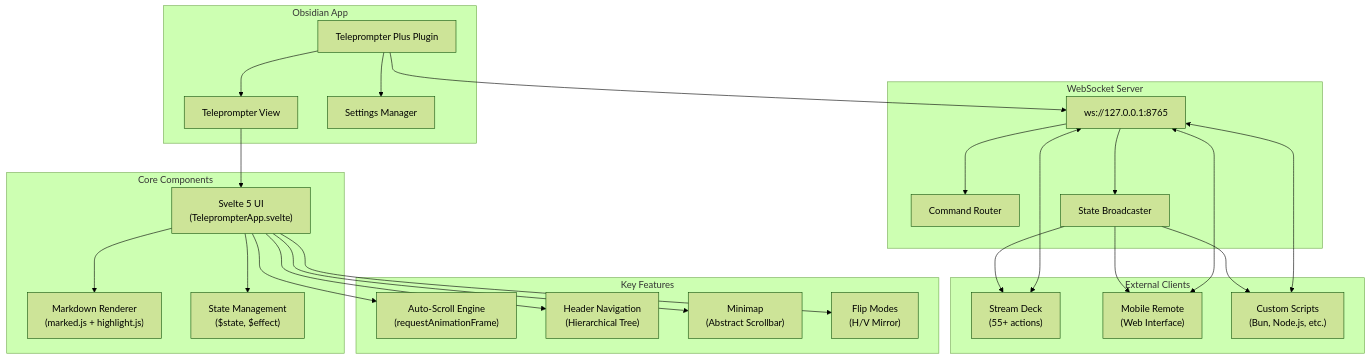
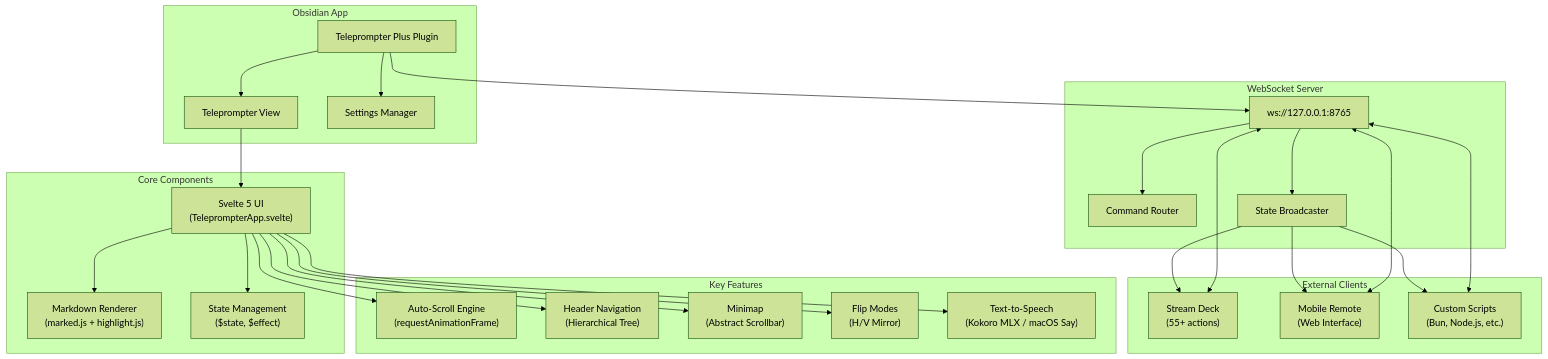
One commit to JuracyAmerico/obsidian-teleprompter-plus changed the diagram in README.md. Above: the diagram before and after it, drawn with Mermaid (forest theme). The commit also changed other lines of this file and 22 other files, not shown here.

First line of the commit message:
feat: add text-to-speech with Kokoro MLX neural engine, citation resolution, and PDF support

````diff
--- a/README.md
+++ b/README.md
@@ -85,54 +85,56 @@
 ```mermaid
 flowchart TB
     subgraph Obsidian["Obsidian App"]
         Plugin["Teleprompter Plus Plugin"]
         View["Teleprompter View"]
         Settings["Settings Manager"]
         Plugin --> View
         Plugin --> Settings
     end
 
     subgraph Core["Core Components"]
         Svelte["Svelte 5 UI\n(TeleprompterApp.svelte)"]
         Markdown["Markdown Renderer\n(marked.js + highlight.js)"]
         State["State Management\n($state, $effect)"]
         View --> Svelte
         Svelte --> Markdown
         Svelte --> State
     end
 
     subgraph Server["WebSocket Server"]
         WS["ws://127.0.0.1:8765"]
         Commands["Command Router"]
         Broadcast["State Broadcaster"]
         WS --> Commands
         WS --> Broadcast
     end
 
     subgraph Clients["External Clients"]
         StreamDeck["Stream Deck\n(55+ actions)"]
         Mobile["Mobile Remote\n(Web Interface)"]
         Custom["Custom Scripts\n(Bun, Node.js, etc.)"]
     end
 
     subgraph Features["Key Features"]
         AutoScroll["Auto-Scroll Engine\n(requestAnimationFrame)"]
         Navigation["Header Navigation\n(Hierarchical Tree)"]
         Minimap["Minimap\n(Abstract Scrollbar)"]
         Flip["Flip Modes\n(H/V Mirror)"]
+        TTS["Text-to-Speech\n(Kokoro MLX / macOS Say)"]
     end
 
     Plugin --> WS
     Svelte --> AutoScroll
     Svelte --> Navigation
     Svelte --> Minimap
     Svelte --> Flip
+    Svelte --> TTS
 
     StreamDeck <--> WS
     Mobile <--> WS
     Custom <--> WS
 
     Broadcast --> StreamDeck
     Broadcast --> Mobile
     Broadcast --> Custom
 ```
````
